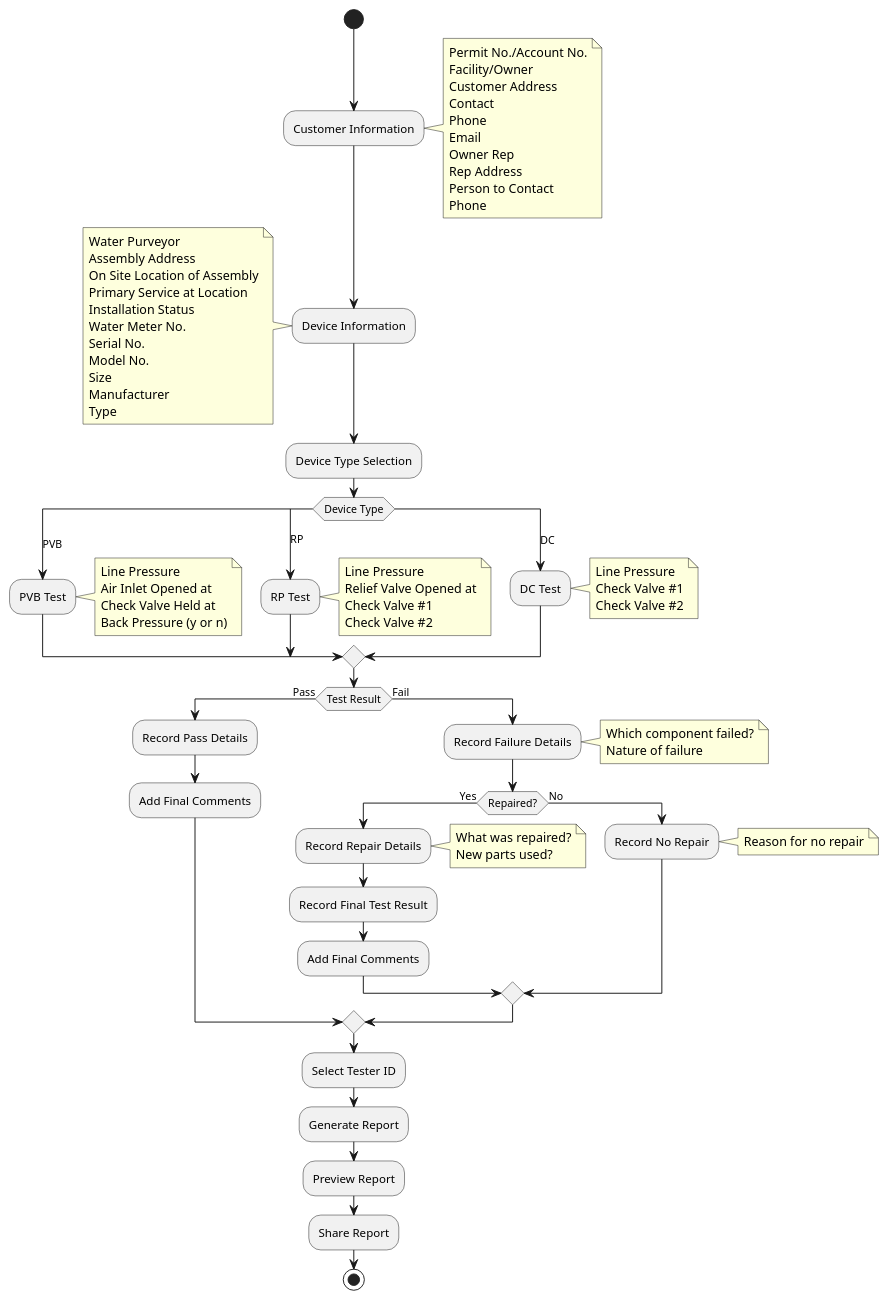
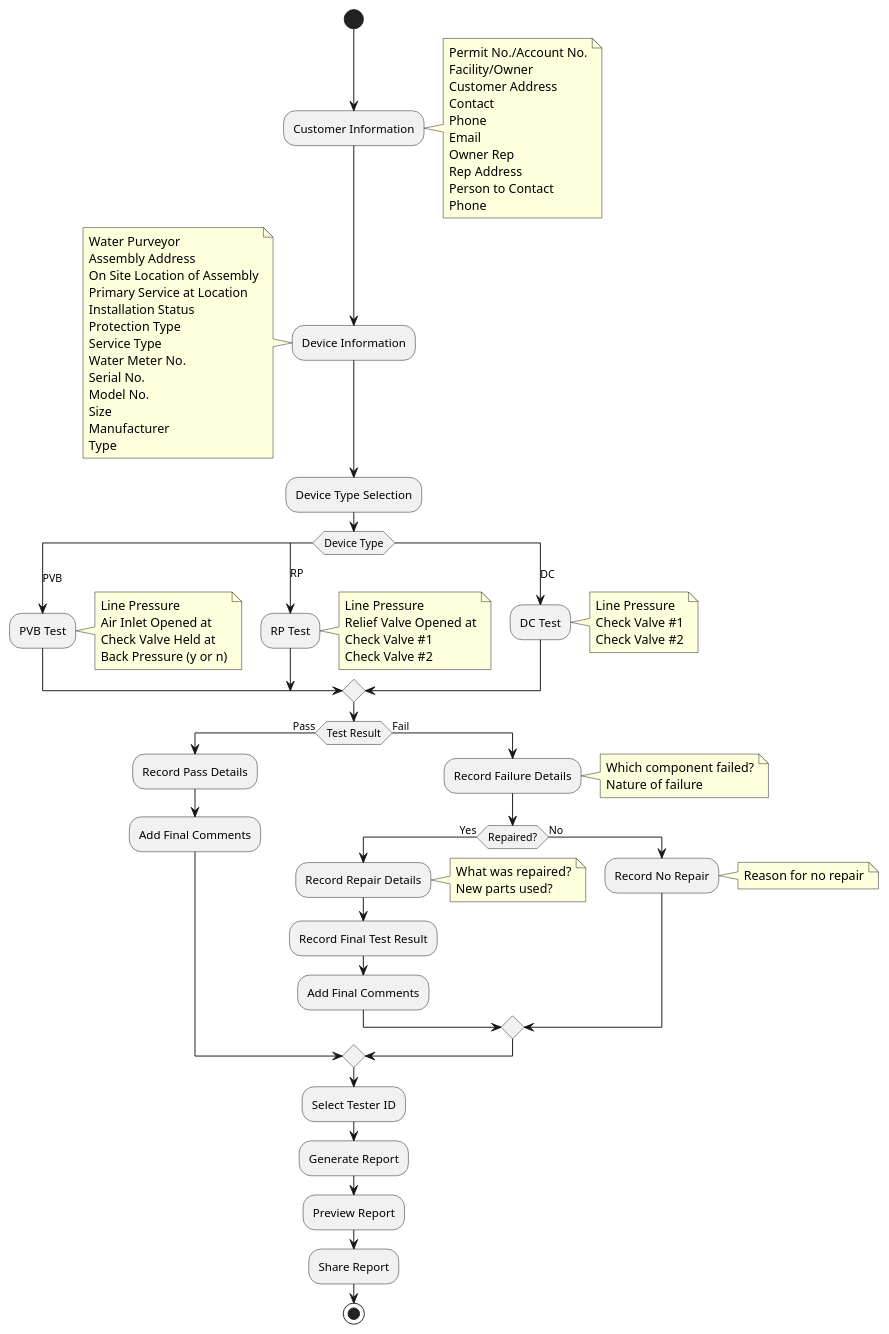
One commit to muddxyii/ReportFlow changed the diagram in Documentation/app_workflow.puml. Above: the diagram before and after it, drawn with PlantUML. The commit also changed 2 other files, not shown here.

```diff
--- a/Documentation/app_workflow.puml
+++ b/Documentation/app_workflow.puml
@@ -1,91 +1,93 @@
 @startuml
 
 start
 :Customer Information;
 note right
   Permit No./Account No.
   Facility/Owner
   Customer Address
   Contact
   Phone
   Email
   Owner Rep
   Rep Address
   Person to Contact
   Phone
 end note
 
 :Device Information;
 note left
   Water Purveyor
   Assembly Address
   On Site Location of Assembly
   Primary Service at Location
   Installation Status
+  Protection Type
+  Service Type
   Water Meter No.
   Serial No.
   Model No.
   Size
   Manufacturer
   Type
 end note
 
 :Device Type Selection;
 switch (Device Type)
   case (PVB)
     :PVB Test;
     note right
       Line Pressure
       Air Inlet Opened at
       Check Valve Held at
       Back Pressure (y or n)
     end note
   case (RP)
     :RP Test;
     note right
       Line Pressure
       Relief Valve Opened at
       Check Valve #1
       Check Valve #2
     end note
   case (DC)
     :DC Test;
     note right
       Line Pressure
       Check Valve #1
       Check Valve #2
     end note
 endswitch
 
 if (Test Result) then (Pass)
   :Record Pass Details;
   :Add Final Comments;
 else (Fail)
   :Record Failure Details;
   note right
     Which component failed?
     Nature of failure
   end note
   if (Repaired?) then (Yes)
     :Record Repair Details;
     note right
       What was repaired?
       New parts used?
     end note
     :Record Final Test Result;
     :Add Final Comments;
   else (No)
     :Record No Repair;
     note right
       Reason for no repair
     end note
   endif
 endif
 
 :Select Tester ID;
 :Generate Report;
 :Preview Report;
 :Share Report;
 
 stop
 @enduml
```
